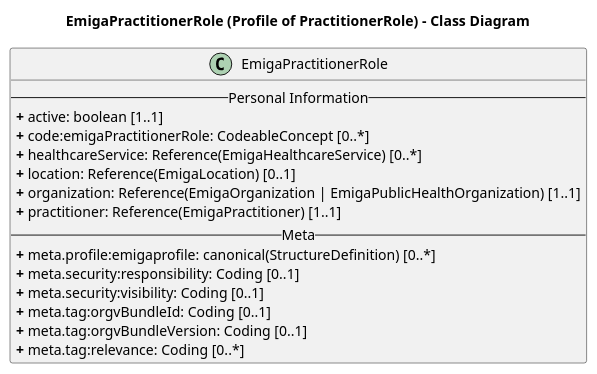
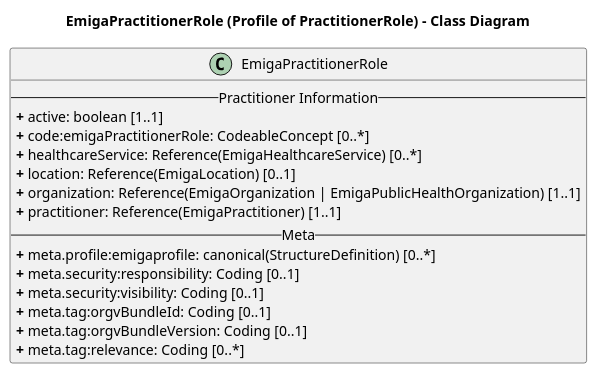
One commit to robert-koch-institut/rki.emiga.vzd changed the diagram in rki.emiga.vzd/PlantUML/PractitionerRole.puml. Above: the diagram before and after it, drawn with PlantUML.

Commit message:
feat: changed personal information to practitioner information

```diff
--- a/rki.emiga.vzd/PlantUML/PractitionerRole.puml
+++ b/rki.emiga.vzd/PlantUML/PractitionerRole.puml
@@ -1,24 +1,24 @@
 @startuml
 skinparam linetype ortho
  
 title EmigaPractitionerRole (Profile of PractitionerRole) - Class Diagram
  
 ' Main Class
 class EmigaPractitionerRole{
--- Personal Information --
+-- Practitioner Information --
 <b>+</b> active: boolean [1..1]
 <b>+</b> code:emigaPractitionerRole: CodeableConcept [0..*]
 <b>+</b> healthcareService: Reference(EmigaHealthcareService) [0..*]
 <b>+</b> location: Reference(EmigaLocation) [0..1]
 <b>+</b> organization: Reference(EmigaOrganization | EmigaPublicHealthOrganization) [1..1]
 <b>+</b> practitioner: Reference(EmigaPractitioner) [1..1]
 -- Meta --
 <b>+</b> meta.profile:emigaprofile: canonical(StructureDefinition) [0..*]
 <b>+</b> meta.security:responsibility: Coding [0..1]
 <b>+</b> meta.security:visibility: Coding [0..1]
 <b>+</b> meta.tag:orgvBundleId: Coding [0..1]
 <b>+</b> meta.tag:orgvBundleVersion: Coding [0..1]
 <b>+</b> meta.tag:relevance: Coding [0..*]
 }
  
 @enduml
```
